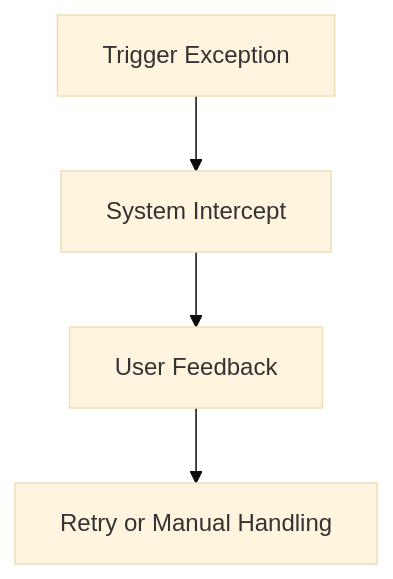
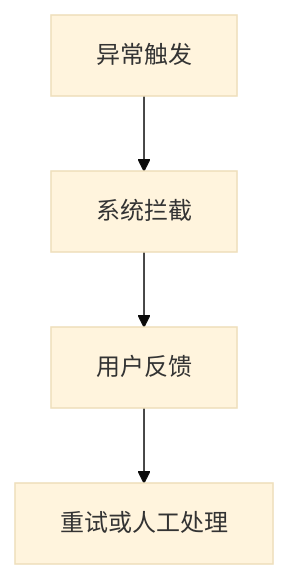
Before and after one commit to husinglemon-art/TMS_Shipper: the third of 4 diagrams in 01_Master_Documents/Product_Architecture.md, drawn with Mermaid (base theme). The commit also changed other lines of this file and 10 other files, not shown here.

````diff
--- a/01_Master_Documents/Product_Architecture.md
+++ b/01_Master_Documents/Product_Architecture.md
@@ -51,6 +51,6 @@
 ```mermaid
 flowchart TD
-    A[Trigger Exception] --> B[System Intercept]
-    B --> C[User Feedback]
-    C --> D[Retry or Manual Handling]
+    A[异常触发] --> B[系统拦截]
+    B --> C[用户反馈]
+    C --> D[重试或人工处理]
 ```
````
